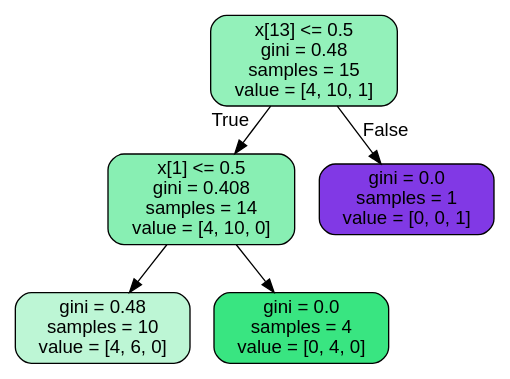
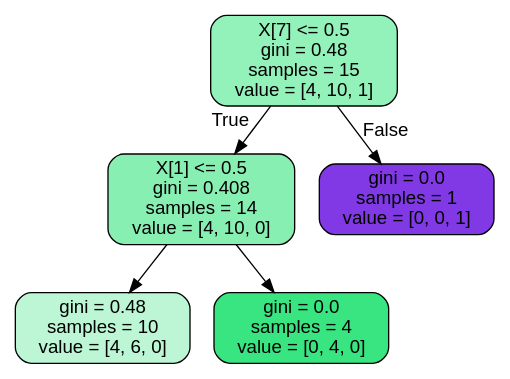
Before and after one commit to CompPhysics/MachineLearning: the diagram in doc/LectureNotes/DataFiles/ride.dot, drawn with Graphviz. The commit also changed 2 other files, not shown here.

```diff
--- a/doc/LectureNotes/DataFiles/ride.dot
+++ b/doc/LectureNotes/DataFiles/ride.dot
@@ -1,13 +1,13 @@
 digraph Tree {
-node [shape=box, style="filled, rounded", color="black", fontname="helvetica"] ;
-edge [fontname="helvetica"] ;
-0 [label="x[13] <= 0.5\ngini = 0.48\nsamples = 15\nvalue = [4, 10, 1]", fillcolor="#93f1ba"] ;
-1 [label="x[1] <= 0.5\ngini = 0.408\nsamples = 14\nvalue = [4, 10, 0]", fillcolor="#88efb3"] ;
+node [shape=box, style="filled, rounded", color="black", fontname=helvetica] ;
+edge [fontname=helvetica] ;
+0 [label="X[7] <= 0.5\ngini = 0.48\nsamples = 15\nvalue = [4, 10, 1]", fillcolor="#39e5818b"] ;
+1 [label="X[1] <= 0.5\ngini = 0.408\nsamples = 14\nvalue = [4, 10, 0]", fillcolor="#39e58199"] ;
 0 -> 1 [labeldistance=2.5, labelangle=45, headlabel="True"] ;
-2 [label="gini = 0.48\nsamples = 10\nvalue = [4, 6, 0]", fillcolor="#bdf6d5"] ;
+2 [label="gini = 0.48\nsamples = 10\nvalue = [4, 6, 0]", fillcolor="#39e58155"] ;
 1 -> 2 ;
-3 [label="gini = 0.0\nsamples = 4\nvalue = [0, 4, 0]", fillcolor="#39e581"] ;
+3 [label="gini = 0.0\nsamples = 4\nvalue = [0, 4, 0]", fillcolor="#39e581ff"] ;
 1 -> 3 ;
-4 [label="gini = 0.0\nsamples = 1\nvalue = [0, 0, 1]", fillcolor="#8139e5"] ;
+4 [label="gini = 0.0\nsamples = 1\nvalue = [0, 0, 1]", fillcolor="#8139e5ff"] ;
 0 -> 4 [labeldistance=2.5, labelangle=-45, headlabel="False"] ;
 }
```
